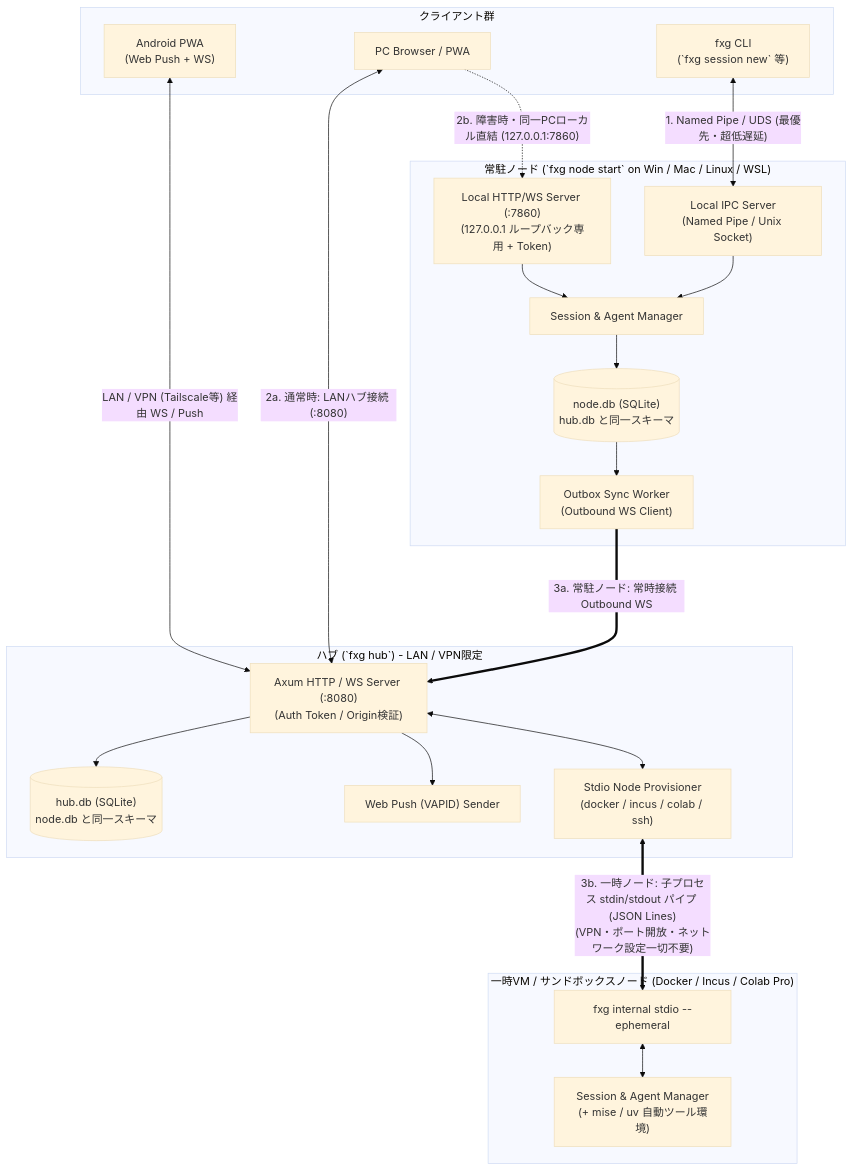
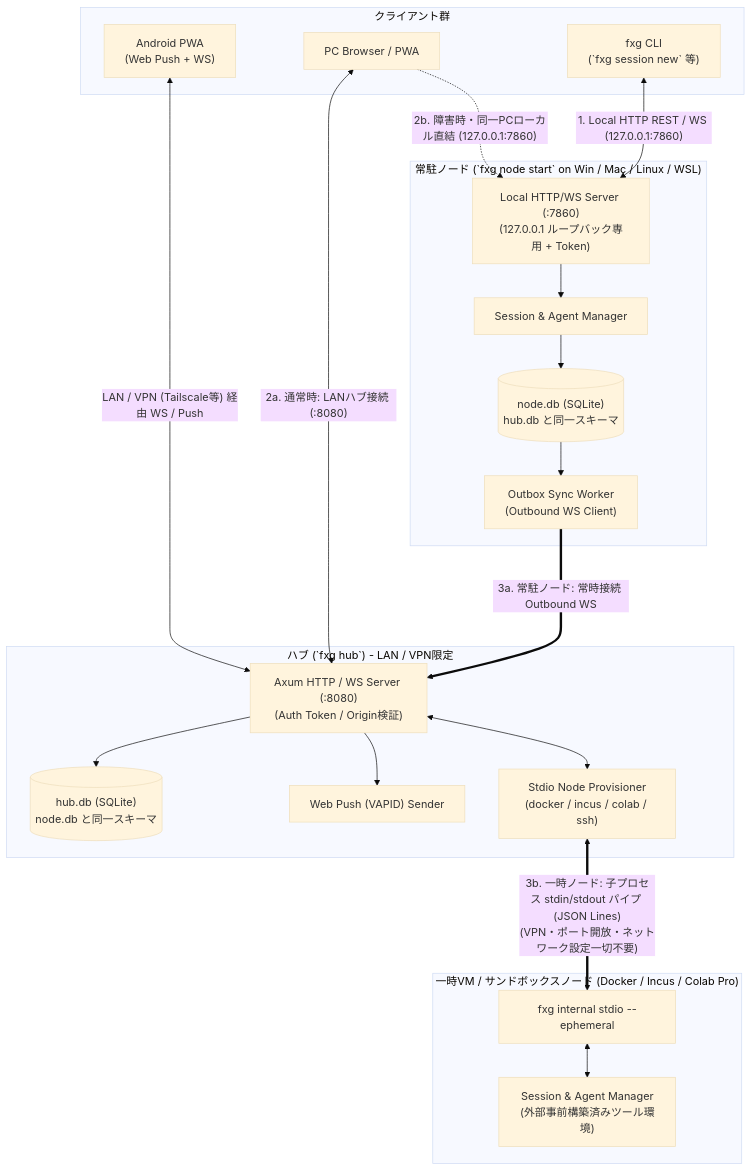
One commit to nazo6/flexagent changed the first of 3 diagrams in docs/01-architecture-and-sync.md. Above: the diagram before and after it, drawn with Mermaid (base theme). The commit also changed other lines of this file and 6 other files, not shown here.

First line of the commit message:
docs(arch): design architecture simplification plan and update documentation

````diff
--- a/docs/01-architecture-and-sync.md
+++ b/docs/01-architecture-and-sync.md
@@ -10,44 +10,42 @@
 ```mermaid
 flowchart TB
     subgraph Clients["クライアント群"]
         AndroidPWA["Android PWA<br/>(Web Push + WS)"]
         Browser["PC Browser / PWA"]
         CLI["fxg CLI<br/>(`fxg session new` 等)"]
     end
 
     subgraph HubGroup["ハブ (`fxg hub`) - LAN / VPN限定"]
         HubAPI["Axum HTTP / WS Server (:8080)<br/>(Auth Token / Origin検証)"]
         Prov["Stdio Node Provisioner<br/>(docker / incus / colab / ssh)"]
         Push["Web Push (VAPID) Sender"]
         HubDB[("hub.db (SQLite)<br/>node.db と同一スキーマ")]
         HubAPI --> HubDB
         HubAPI --> Push
         HubAPI <--> Prov
     end
 
     subgraph Node["常駐ノード (`fxg node start` on Win / Mac / Linux / WSL)"]
         LocalAPI["Local HTTP/WS Server (:7860)<br/>(127.0.0.1 ループバック専用 + Token)"]
-        LocalIPC["Local IPC Server<br/>(Named Pipe / Unix Socket)"]
         SyncWorker["Outbox Sync Worker<br/>(Outbound WS Client)"]
         SessionMgr["Session & Agent Manager"]
         NodeDB[("node.db (SQLite)<br/>hub.db と同一スキーマ")]
 
-        LocalIPC --> SessionMgr
         LocalAPI --> SessionMgr
         SessionMgr --> NodeDB
         NodeDB --> SyncWorker
     end
 
     subgraph EphemeralNode["一時VM / サンドボックスノード (Docker / Incus / Colab Pro)"]
         EphNode["fxg internal stdio --ephemeral"]
-        EphAgent["Session & Agent Manager<br/>(+ mise / uv 自動ツール環境)"]
+        EphAgent["Session & Agent Manager<br/>(外部事前構築済みツール環境)"]
         EphNode <--> EphAgent
     end
 
-    CLI <-->|"1. Named Pipe / UDS (最優先・超低遅延)"| LocalIPC
+    CLI <-->|"1. Local HTTP REST / WS (127.0.0.1:7860)"| LocalAPI
     Browser <-->|"2a. 通常時: LANハブ接続 (:8080)"| HubAPI
     Browser -.->|"2b. 障害時・同一PCローカル直結 (127.0.0.1:7860)"| LocalAPI
     AndroidPWA <-->|"LAN / VPN (Tailscale等) 経由 WS / Push"| HubAPI
     SyncWorker ===>|"3a. 常駐ノード: 常時接続 Outbound WS"| HubAPI
     Prov <==>|"3b. 一時ノード: 子プロセス stdin/stdout パイプ (JSON Lines)<br/>(VPN・ポート開放・ネットワーク設定一切不要)"| EphNode
 ```
````
